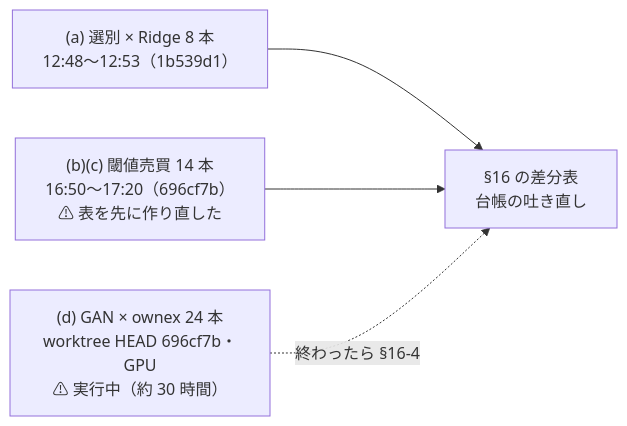
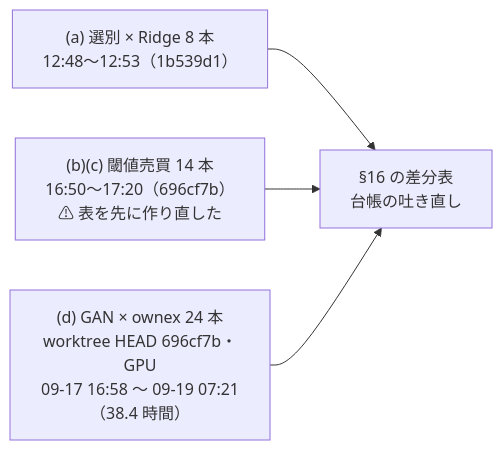
The eighth of 8 diagrams in docs/specs/experiments/daily-data-sources.md (akiraak/ai-income-lab), drawn with Mermaid before and after one commit. The commit also changed other lines of this file and 7 other files, not shown here.

First line of the commit message:
GAN × ownex 24 本の後始末と、曜日の検証 Phase 2（どちらも判定はほぼ動かず。n_trials 613 → 622）

````diff
--- a/docs/specs/experiments/daily-data-sources.md
+++ b/docs/specs/experiments/daily-data-sources.md
@@ -973,6 +973,6 @@
 ```mermaid
 flowchart LR
   A["(a) 選別 × Ridge 8 本<br/>12:48〜12:53（1b539d1）"] --> R["§16 の差分表<br/>台帳の吐き直し"]
   B["(b)(c) 閾値売買 14 本<br/>16:50〜17:20（696cf7b）<br/>⚠ 表を先に作り直した"] --> R
-  D["(d) GAN × ownex 24 本<br/>worktree HEAD 696cf7b・GPU<br/>⚠ 実行中（約 30 時間）"] -. 終わったら §16-4 .-> R
+  D["(d) GAN × ownex 24 本<br/>worktree HEAD 696cf7b・GPU<br/>09-17 16:58 〜 09-19 07:21（38.4 時間）"] --> R
 ```
````
